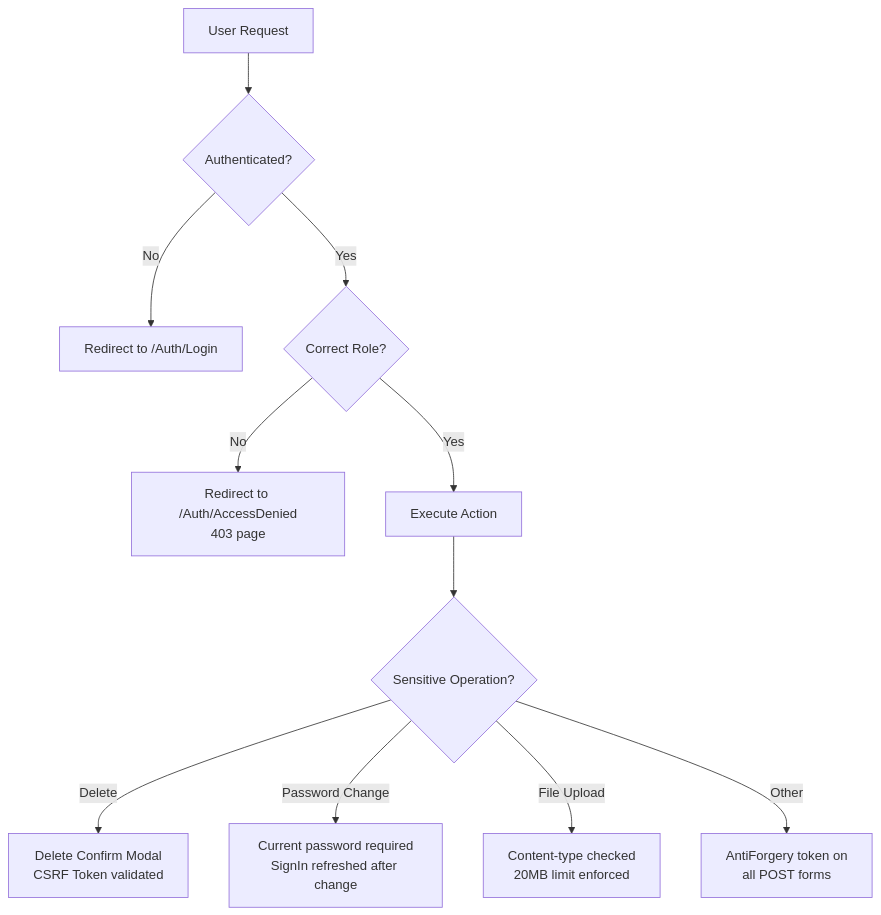
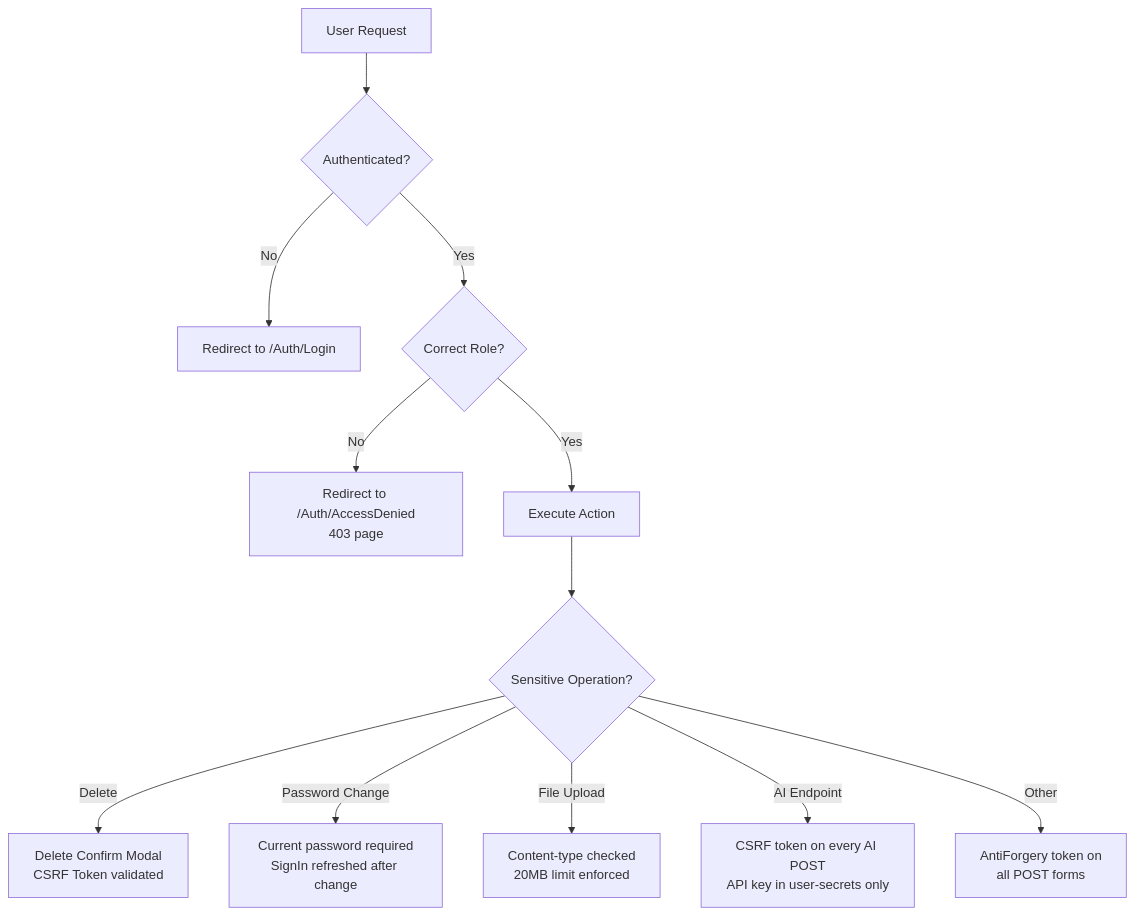
Before and after one commit to regvedpande/EnterpriseHospitalManagementSystem: the ninth of 10 diagrams in README.md, drawn with Mermaid. The commit also changed other lines of this file and 15 other files, not shown here.

````diff
--- a/README.md
+++ b/README.md
@@ -796,14 +979,15 @@
 ```mermaid
 flowchart TD
     A[User Request] --> B{Authenticated?}
     B -- No --> C[Redirect to /Auth/Login]
     B -- Yes --> D{Correct Role?}
     D -- No --> E[Redirect to /Auth/AccessDenied\n403 page]
     D -- Yes --> F[Execute Action]
 
     F --> G{Sensitive Operation?}
     G -- Delete --> H[Delete Confirm Modal\nCSRF Token validated]
     G -- Password Change --> I[Current password required\nSignIn refreshed after change]
     G -- File Upload --> J[Content-type checked\n20MB limit enforced]
-    G -- Other --> K[AntiForgery token on\nall POST forms]
+    G -- AI Endpoint --> K[CSRF token on every AI POST\nAPI key in user-secrets only]
+    G -- Other --> L[AntiForgery token on\nall POST forms]
 ```
````
